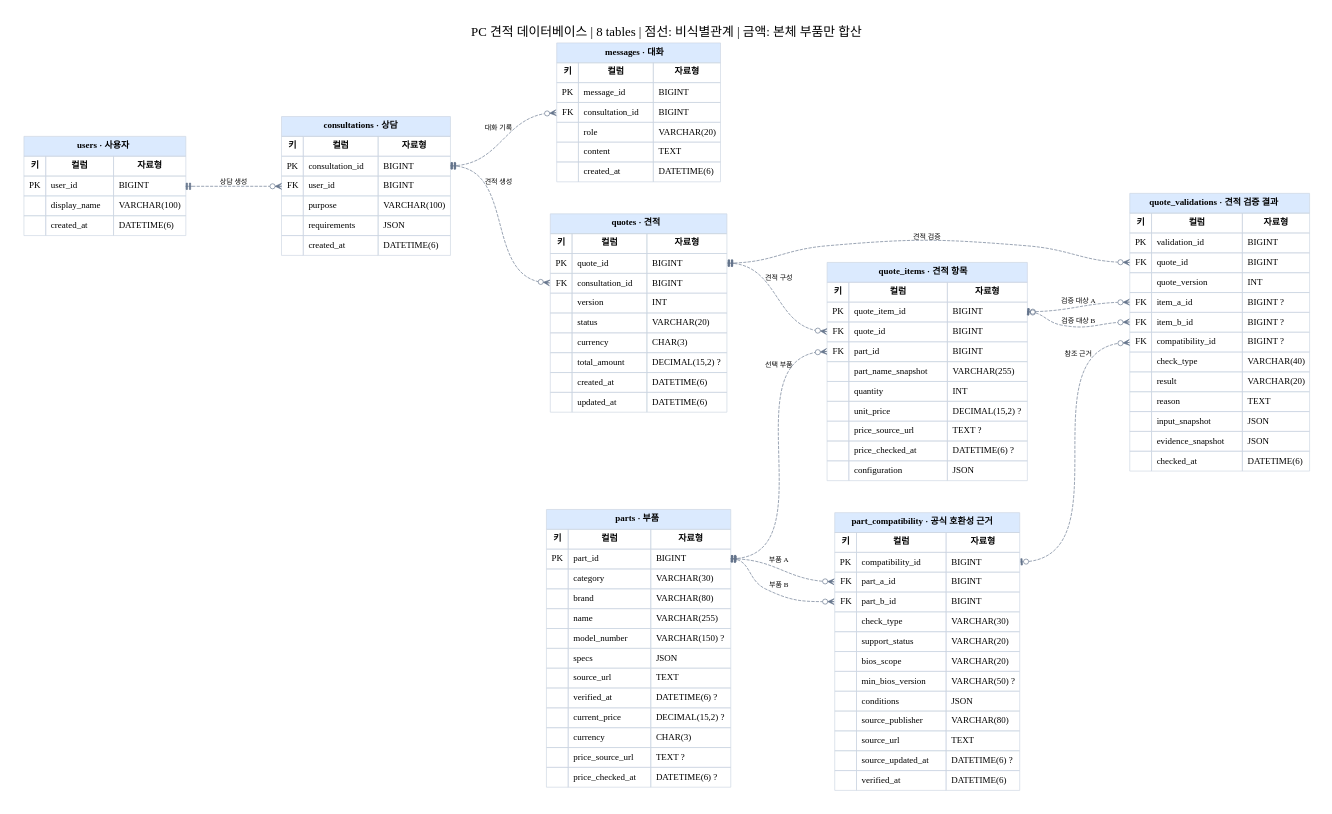
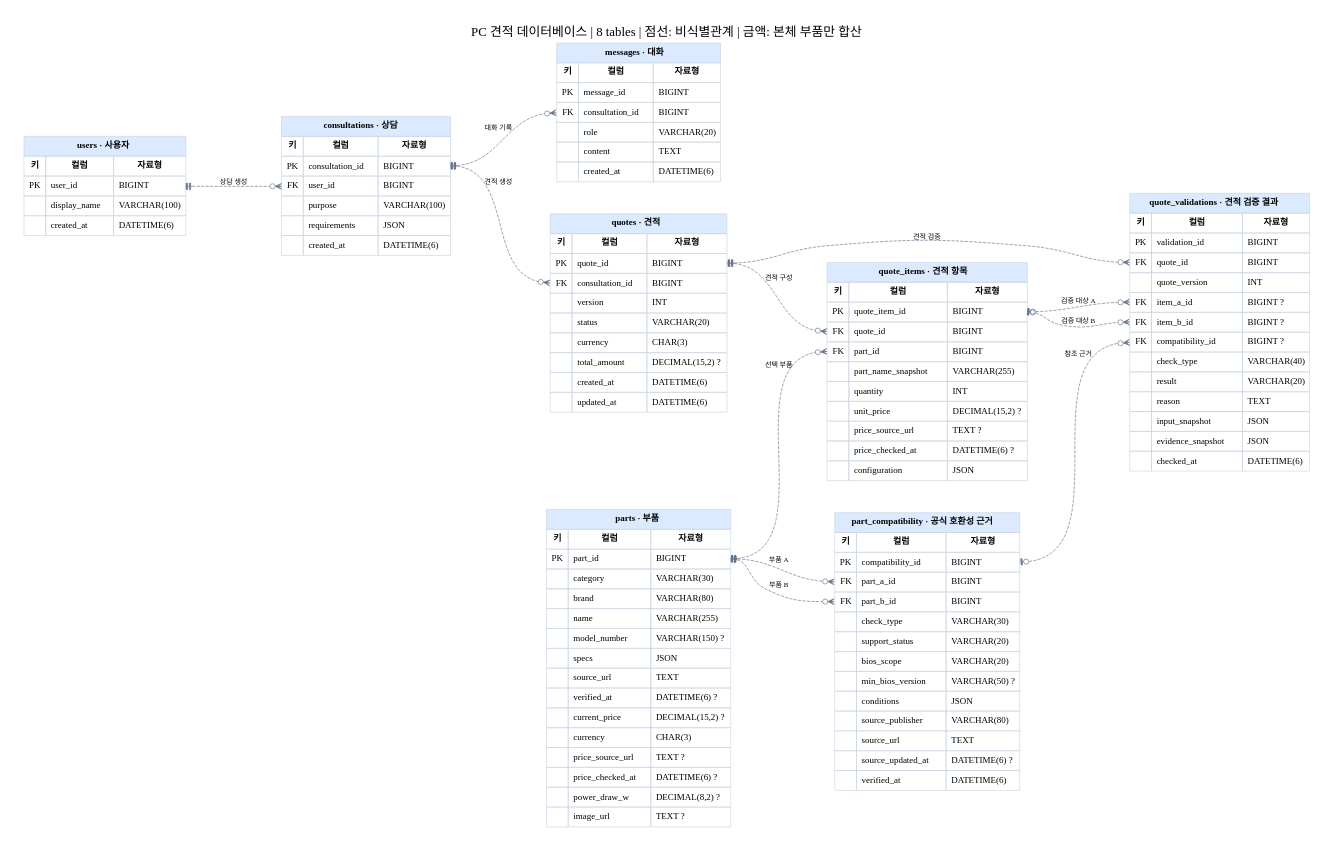
One commit to SKNETWORKS-FAMILY-AICAMP/SKN35-FINAL-6TEAM changed the diagram in docs/database/erd/schema.dot. Above: the diagram before and after it, drawn with Graphviz. The commit also changed 21 other files, not shown here.

```diff
--- a/docs/database/erd/schema.dot
+++ b/docs/database/erd/schema.dot
@@ -5,7 +5,7 @@
 users [label=<<TABLE BORDER="0" CELLBORDER="1" CELLSPACING="0" CELLPADDING="7" COLOR="#cbd5e1"><TR><TD COLSPAN="3" BGCOLOR="#dbeafe"><B>users · 사용자</B></TD></TR><TR><TD><B>키</B></TD><TD><B>컬럼</B></TD><TD><B>자료형</B></TD></TR><TR><TD PORT="user_id_in">PK</TD><TD ALIGN="LEFT">user_id</TD><TD PORT="user_id_out" ALIGN="LEFT">BIGINT</TD></TR><TR><TD PORT="display_name_in"></TD><TD ALIGN="LEFT">display_name</TD><TD PORT="display_name_out" ALIGN="LEFT">VARCHAR(100)</TD></TR><TR><TD PORT="created_at_in"></TD><TD ALIGN="LEFT">created_at</TD><TD PORT="created_at_out" ALIGN="LEFT">DATETIME(6)</TD></TR></TABLE>>];
 consultations [label=<<TABLE BORDER="0" CELLBORDER="1" CELLSPACING="0" CELLPADDING="7" COLOR="#cbd5e1"><TR><TD COLSPAN="3" BGCOLOR="#dbeafe"><B>consultations · 상담</B></TD></TR><TR><TD><B>키</B></TD><TD><B>컬럼</B></TD><TD><B>자료형</B></TD></TR><TR><TD PORT="consultation_id_in">PK</TD><TD ALIGN="LEFT">consultation_id</TD><TD PORT="consultation_id_out" ALIGN="LEFT">BIGINT</TD></TR><TR><TD PORT="user_id_in">FK</TD><TD ALIGN="LEFT">user_id</TD><TD PORT="user_id_out" ALIGN="LEFT">BIGINT</TD></TR><TR><TD PORT="purpose_in"></TD><TD ALIGN="LEFT">purpose</TD><TD PORT="purpose_out" ALIGN="LEFT">VARCHAR(100)</TD></TR><TR><TD PORT="requirements_in"></TD><TD ALIGN="LEFT">requirements</TD><TD PORT="requirements_out" ALIGN="LEFT">JSON</TD></TR><TR><TD PORT="created_at_in"></TD><TD ALIGN="LEFT">created_at</TD><TD PORT="created_at_out" ALIGN="LEFT">DATETIME(6)</TD></TR></TABLE>>];
 messages [label=<<TABLE BORDER="0" CELLBORDER="1" CELLSPACING="0" CELLPADDING="7" COLOR="#cbd5e1"><TR><TD COLSPAN="3" BGCOLOR="#dbeafe"><B>messages · 대화</B></TD></TR><TR><TD><B>키</B></TD><TD><B>컬럼</B></TD><TD><B>자료형</B></TD></TR><TR><TD PORT="message_id_in">PK</TD><TD ALIGN="LEFT">message_id</TD><TD PORT="message_id_out" ALIGN="LEFT">BIGINT</TD></TR><TR><TD PORT="consultation_id_in">FK</TD><TD ALIGN="LEFT">consultation_id</TD><TD PORT="consultation_id_out" ALIGN="LEFT">BIGINT</TD></TR><TR><TD PORT="role_in"></TD><TD ALIGN="LEFT">role</TD><TD PORT="role_out" ALIGN="LEFT">VARCHAR(20)</TD></TR><TR><TD PORT="content_in"></TD><TD ALIGN="LEFT">content</TD><TD PORT="content_out" ALIGN="LEFT">TEXT</TD></TR><TR><TD PORT="created_at_in"></TD><TD ALIGN="LEFT">created_at</TD><TD PORT="created_at_out" ALIGN="LEFT">DATETIME(6)</TD></TR></TABLE>>];
-parts [label=<<TABLE BORDER="0" CELLBORDER="1" CELLSPACING="0" CELLPADDING="7" COLOR="#cbd5e1"><TR><TD COLSPAN="3" BGCOLOR="#dbeafe"><B>parts · 부품</B></TD></TR><TR><TD><B>키</B></TD><TD><B>컬럼</B></TD><TD><B>자료형</B></TD></TR><TR><TD PORT="part_id_in">PK</TD><TD ALIGN="LEFT">part_id</TD><TD PORT="part_id_out" ALIGN="LEFT">BIGINT</TD></TR><TR><TD PORT="category_in"></TD><TD ALIGN="LEFT">category</TD><TD PORT="category_out" ALIGN="LEFT">VARCHAR(30)</TD></TR><TR><TD PORT="brand_in"></TD><TD ALIGN="LEFT">brand</TD><TD PORT="brand_out" ALIGN="LEFT">VARCHAR(80)</TD></TR><TR><TD PORT="name_in"></TD><TD ALIGN="LEFT">name</TD><TD PORT="name_out" ALIGN="LEFT">VARCHAR(255)</TD></TR><TR><TD PORT="model_number_in"></TD><TD ALIGN="LEFT">model_number</TD><TD PORT="model_number_out" ALIGN="LEFT">VARCHAR(150) ?</TD></TR><TR><TD PORT="specs_in"></TD><TD ALIGN="LEFT">specs</TD><TD PORT="specs_out" ALIGN="LEFT">JSON</TD></TR><TR><TD PORT="source_url_in"></TD><TD ALIGN="LEFT">source_url</TD><TD PORT="source_url_out" ALIGN="LEFT">TEXT</TD></TR><TR><TD PORT="verified_at_in"></TD><TD ALIGN="LEFT">verified_at</TD><TD PORT="verified_at_out" ALIGN="LEFT">DATETIME(6) ?</TD></TR><TR><TD PORT="current_price_in"></TD><TD ALIGN="LEFT">current_price</TD><TD PORT="current_price_out" ALIGN="LEFT">DECIMAL(15,2) ?</TD></TR><TR><TD PORT="currency_in"></TD><TD ALIGN="LEFT">currency</TD><TD PORT="currency_out" ALIGN="LEFT">CHAR(3)</TD></TR><TR><TD PORT="price_source_url_in"></TD><TD ALIGN="LEFT">price_source_url</TD><TD PORT="price_source_url_out" ALIGN="LEFT">TEXT ?</TD></TR><TR><TD PORT="price_checked_at_in"></TD><TD ALIGN="LEFT">price_checked_at</TD><TD PORT="price_checked_at_out" ALIGN="LEFT">DATETIME(6) ?</TD></TR></TABLE>>];
+parts [label=<<TABLE BORDER="0" CELLBORDER="1" CELLSPACING="0" CELLPADDING="7" COLOR="#cbd5e1"><TR><TD COLSPAN="3" BGCOLOR="#dbeafe"><B>parts · 부품</B></TD></TR><TR><TD><B>키</B></TD><TD><B>컬럼</B></TD><TD><B>자료형</B></TD></TR><TR><TD PORT="part_id_in">PK</TD><TD ALIGN="LEFT">part_id</TD><TD PORT="part_id_out" ALIGN="LEFT">BIGINT</TD></TR><TR><TD PORT="category_in"></TD><TD ALIGN="LEFT">category</TD><TD PORT="category_out" ALIGN="LEFT">VARCHAR(30)</TD></TR><TR><TD PORT="brand_in"></TD><TD ALIGN="LEFT">brand</TD><TD PORT="brand_out" ALIGN="LEFT">VARCHAR(80)</TD></TR><TR><TD PORT="name_in"></TD><TD ALIGN="LEFT">name</TD><TD PORT="name_out" ALIGN="LEFT">VARCHAR(255)</TD></TR><TR><TD PORT="model_number_in"></TD><TD ALIGN="LEFT">model_number</TD><TD PORT="model_number_out" ALIGN="LEFT">VARCHAR(150) ?</TD></TR><TR><TD PORT="specs_in"></TD><TD ALIGN="LEFT">specs</TD><TD PORT="specs_out" ALIGN="LEFT">JSON</TD></TR><TR><TD PORT="source_url_in"></TD><TD ALIGN="LEFT">source_url</TD><TD PORT="source_url_out" ALIGN="LEFT">TEXT</TD></TR><TR><TD PORT="verified_at_in"></TD><TD ALIGN="LEFT">verified_at</TD><TD PORT="verified_at_out" ALIGN="LEFT">DATETIME(6) ?</TD></TR><TR><TD PORT="current_price_in"></TD><TD ALIGN="LEFT">current_price</TD><TD PORT="current_price_out" ALIGN="LEFT">DECIMAL(15,2) ?</TD></TR><TR><TD PORT="currency_in"></TD><TD ALIGN="LEFT">currency</TD><TD PORT="currency_out" ALIGN="LEFT">CHAR(3)</TD></TR><TR><TD PORT="price_source_url_in"></TD><TD ALIGN="LEFT">price_source_url</TD><TD PORT="price_source_url_out" ALIGN="LEFT">TEXT ?</TD></TR><TR><TD PORT="price_checked_at_in"></TD><TD ALIGN="LEFT">price_checked_at</TD><TD PORT="price_checked_at_out" ALIGN="LEFT">DATETIME(6) ?</TD></TR><TR><TD PORT="power_draw_w_in"></TD><TD ALIGN="LEFT">power_draw_w</TD><TD PORT="power_draw_w_out" ALIGN="LEFT">DECIMAL(8,2) ?</TD></TR><TR><TD PORT="image_url_in"></TD><TD ALIGN="LEFT">image_url</TD><TD PORT="image_url_out" ALIGN="LEFT">TEXT ?</TD></TR></TABLE>>];
 quotes [label=<<TABLE BORDER="0" CELLBORDER="1" CELLSPACING="0" CELLPADDING="7" COLOR="#cbd5e1"><TR><TD COLSPAN="3" BGCOLOR="#dbeafe"><B>quotes · 견적</B></TD></TR><TR><TD><B>키</B></TD><TD><B>컬럼</B></TD><TD><B>자료형</B></TD></TR><TR><TD PORT="quote_id_in">PK</TD><TD ALIGN="LEFT">quote_id</TD><TD PORT="quote_id_out" ALIGN="LEFT">BIGINT</TD></TR><TR><TD PORT="consultation_id_in">FK</TD><TD ALIGN="LEFT">consultation_id</TD><TD PORT="consultation_id_out" ALIGN="LEFT">BIGINT</TD></TR><TR><TD PORT="version_in"></TD><TD ALIGN="LEFT">version</TD><TD PORT="version_out" ALIGN="LEFT">INT</TD></TR><TR><TD PORT="status_in"></TD><TD ALIGN="LEFT">status</TD><TD PORT="status_out" ALIGN="LEFT">VARCHAR(20)</TD></TR><TR><TD PORT="currency_in"></TD><TD ALIGN="LEFT">currency</TD><TD PORT="currency_out" ALIGN="LEFT">CHAR(3)</TD></TR><TR><TD PORT="total_amount_in"></TD><TD ALIGN="LEFT">total_amount</TD><TD PORT="total_amount_out" ALIGN="LEFT">DECIMAL(15,2) ?</TD></TR><TR><TD PORT="created_at_in"></TD><TD ALIGN="LEFT">created_at</TD><TD PORT="created_at_out" ALIGN="LEFT">DATETIME(6)</TD></TR><TR><TD PORT="updated_at_in"></TD><TD ALIGN="LEFT">updated_at</TD><TD PORT="updated_at_out" ALIGN="LEFT">DATETIME(6)</TD></TR></TABLE>>];
 quote_items [label=<<TABLE BORDER="0" CELLBORDER="1" CELLSPACING="0" CELLPADDING="7" COLOR="#cbd5e1"><TR><TD COLSPAN="3" BGCOLOR="#dbeafe"><B>quote_items · 견적 항목</B></TD></TR><TR><TD><B>키</B></TD><TD><B>컬럼</B></TD><TD><B>자료형</B></TD></TR><TR><TD PORT="quote_item_id_in">PK</TD><TD ALIGN="LEFT">quote_item_id</TD><TD PORT="quote_item_id_out" ALIGN="LEFT">BIGINT</TD></TR><TR><TD PORT="quote_id_in">FK</TD><TD ALIGN="LEFT">quote_id</TD><TD PORT="quote_id_out" ALIGN="LEFT">BIGINT</TD></TR><TR><TD PORT="part_id_in">FK</TD><TD ALIGN="LEFT">part_id</TD><TD PORT="part_id_out" ALIGN="LEFT">BIGINT</TD></TR><TR><TD PORT="part_name_snapshot_in"></TD><TD ALIGN="LEFT">part_name_snapshot</TD><TD PORT="part_name_snapshot_out" ALIGN="LEFT">VARCHAR(255)</TD></TR><TR><TD PORT="quantity_in"></TD><TD ALIGN="LEFT">quantity</TD><TD PORT="quantity_out" ALIGN="LEFT">INT</TD></TR><TR><TD PORT="unit_price_in"></TD><TD ALIGN="LEFT">unit_price</TD><TD PORT="unit_price_out" ALIGN="LEFT">DECIMAL(15,2) ?</TD></TR><TR><TD PORT="price_source_url_in"></TD><TD ALIGN="LEFT">price_source_url</TD><TD PORT="price_source_url_out" ALIGN="LEFT">TEXT ?</TD></TR><TR><TD PORT="price_checked_at_in"></TD><TD ALIGN="LEFT">price_checked_at</TD><TD PORT="price_checked_at_out" ALIGN="LEFT">DATETIME(6) ?</TD></TR><TR><TD PORT="configuration_in"></TD><TD ALIGN="LEFT">configuration</TD><TD PORT="configuration_out" ALIGN="LEFT">JSON</TD></TR></TABLE>>];
 part_compatibility [label=<<TABLE BORDER="0" CELLBORDER="1" CELLSPACING="0" CELLPADDING="7" COLOR="#cbd5e1"><TR><TD COLSPAN="3" BGCOLOR="#dbeafe"><B>part_compatibility · 공식 호환성 근거</B></TD></TR><TR><TD><B>키</B></TD><TD><B>컬럼</B></TD><TD><B>자료형</B></TD></TR><TR><TD PORT="compatibility_id_in">PK</TD><TD ALIGN="LEFT">compatibility_id</TD><TD PORT="compatibility_id_out" ALIGN="LEFT">BIGINT</TD></TR><TR><TD PORT="part_a_id_in">FK</TD><TD ALIGN="LEFT">part_a_id</TD><TD PORT="part_a_id_out" ALIGN="LEFT">BIGINT</TD></TR><TR><TD PORT="part_b_id_in">FK</TD><TD ALIGN="LEFT">part_b_id</TD><TD PORT="part_b_id_out" ALIGN="LEFT">BIGINT</TD></TR><TR><TD PORT="check_type_in"></TD><TD ALIGN="LEFT">check_type</TD><TD PORT="check_type_out" ALIGN="LEFT">VARCHAR(30)</TD></TR><TR><TD PORT="support_status_in"></TD><TD ALIGN="LEFT">support_status</TD><TD PORT="support_status_out" ALIGN="LEFT">VARCHAR(20)</TD></TR><TR><TD PORT="bios_scope_in"></TD><TD ALIGN="LEFT">bios_scope</TD><TD PORT="bios_scope_out" ALIGN="LEFT">VARCHAR(20)</TD></TR><TR><TD PORT="min_bios_version_in"></TD><TD ALIGN="LEFT">min_bios_version</TD><TD PORT="min_bios_version_out" ALIGN="LEFT">VARCHAR(50) ?</TD></TR><TR><TD PORT="conditions_in"></TD><TD ALIGN="LEFT">conditions</TD><TD PORT="conditions_out" ALIGN="LEFT">JSON</TD></TR><TR><TD PORT="source_publisher_in"></TD><TD ALIGN="LEFT">source_publisher</TD><TD PORT="source_publisher_out" ALIGN="LEFT">VARCHAR(80)</TD></TR><TR><TD PORT="source_url_in"></TD><TD ALIGN="LEFT">source_url</TD><TD PORT="source_url_out" ALIGN="LEFT">TEXT</TD></TR><TR><TD PORT="source_updated_at_in"></TD><TD ALIGN="LEFT">source_updated_at</TD><TD PORT="source_updated_at_out" ALIGN="LEFT">DATETIME(6) ?</TD></TR><TR><TD PORT="verified_at_in"></TD><TD ALIGN="LEFT">verified_at</TD><TD PORT="verified_at_out" ALIGN="LEFT">DATETIME(6)</TD></TR></TABLE>>];
```
